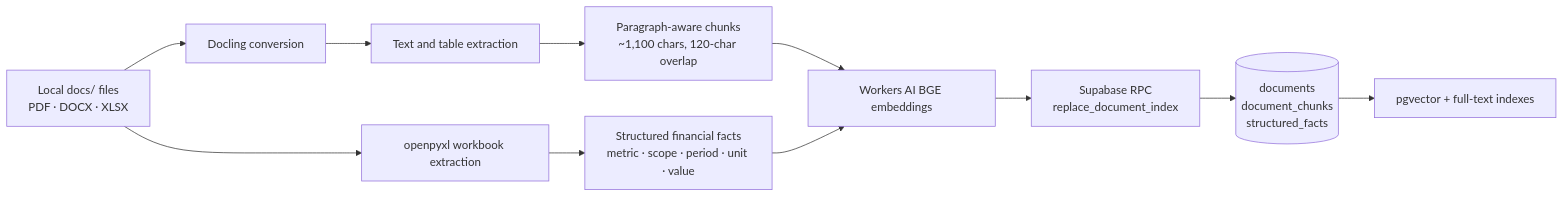
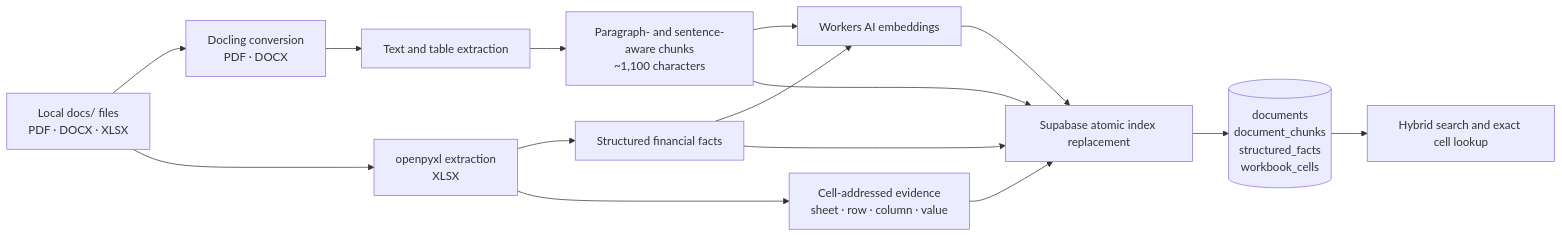
The third of 3 diagrams in README.md (Vikneshoftheleaf/rag-assignment), drawn with Mermaid before and after one commit. The commit also changed other lines of this file and 21 other files, not shown here.

````diff
--- a/README.md
+++ b/README.md
@@ -169,13 +184,17 @@
 ```mermaid
 flowchart LR
-    Files["Local docs/ files<br/>PDF · DOCX · XLSX"] --> Parse["Docling conversion"]
+    Files["Local docs/ files<br/>PDF · DOCX · XLSX"] --> Parse["Docling conversion<br/>PDF · DOCX"]
     Parse --> Text["Text and table extraction"]
-    Text --> Chunk["Paragraph-aware chunks<br/>~1,100 chars, 120-char overlap"]
-    Files --> Workbook["openpyxl workbook extraction"]
-    Workbook --> Facts["Structured financial facts<br/>metric · scope · period · unit · value"]
-    Chunk --> Embed["Workers AI BGE embeddings"]
+    Text --> Chunk["Paragraph- and sentence-aware chunks<br/>~1,100 characters"]
+    Files --> Workbook["openpyxl extraction<br/>XLSX"]
+    Workbook --> Facts["Structured financial facts"]
+    Workbook --> Cells["Cell-addressed evidence<br/>sheet · row · column · value"]
+    Chunk --> Embed["Workers AI embeddings"]
     Facts --> Embed
-    Embed --> RPC["Supabase RPC<br/>replace_document_index"]
-    RPC --> Tables[("documents<br/>document_chunks<br/>structured_facts")]
-    Tables --> Search["pgvector + full-text indexes"]
+    Chunk --> RPC["Supabase atomic index replacement"]
+    Facts --> RPC
+    Cells --> RPC
+    Embed --> RPC
+    RPC --> Tables[("documents<br/>document_chunks<br/>structured_facts<br/>workbook_cells")]
+    Tables --> Search["Hybrid search and exact cell lookup"]
 ```
````
